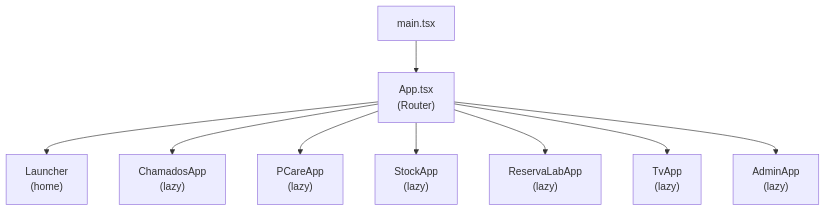
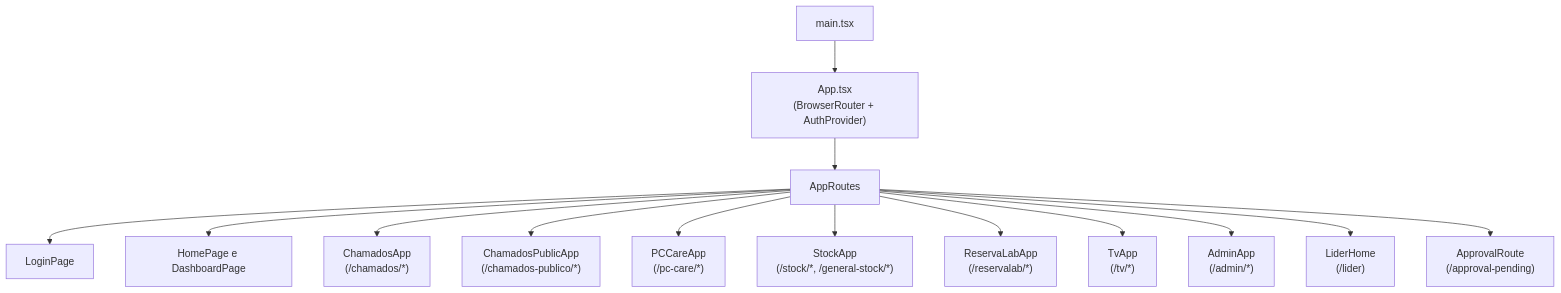
One commit to vihisantos/LabHub changed the first of 2 diagrams in docs/platform/architecture/frontend.md. Above: the diagram before and after it, drawn with Mermaid. The commit also changed other lines of this file and 11 other files, not shown here.

First line of the commit message:
docs: adiciona diagramas e capturas e congela a estrutura da documentacao

````diff
--- a/docs/platform/architecture/frontend.md
+++ b/docs/platform/architecture/frontend.md
@@ -17,11 +17,16 @@
 ```mermaid
 flowchart TD
-    MAIN["main.tsx"] --> APP["App.tsx\n(Router)"]
-    APP --> LAUNCHER["Launcher\n(home)"]
-    APP --> CHAMADOS["ChamadosApp\n(lazy)"]
-    APP --> PCARE["PCareApp\n(lazy)"]
-    APP --> STOCK["StockApp\n(lazy)"]
-    APP --> RESERVALAB["ReservaLabApp\n(lazy)"]
-    APP --> TV["TvApp\n(lazy)"]
-    APP --> ADMIN["AdminApp\n(lazy)"]
+    MAIN["main.tsx"] --> APP["App.tsx\n(BrowserRouter + AuthProvider)"]
+    APP --> ROUTES["AppRoutes"]
+    ROUTES --> LOGIN["LoginPage"]
+    ROUTES --> HOME["HomePage e DashboardPage"]
+    ROUTES --> CHAMADOS["ChamadosApp\n(/chamados/*)"]
+    ROUTES --> PUBLICO["ChamadosPublicApp\n(/chamados-publico/*)"]
+    ROUTES --> PCARE["PCCareApp\n(/pc-care/*)"]
+    ROUTES --> STOCK["StockApp\n(/stock/*, /general-stock/*)"]
+    ROUTES --> RESERVALAB["ReservaLabApp\n(/reservalab/*)"]
+    ROUTES --> TV["TvApp\n(/tv/*)"]
+    ROUTES --> ADMIN["AdminApp\n(/admin/*)"]
+    ROUTES --> LIDER["LiderHome\n(/lider)"]
+    ROUTES --> APPROVAL["ApprovalRoute\n(/approval-pending)"]
 ```
````
